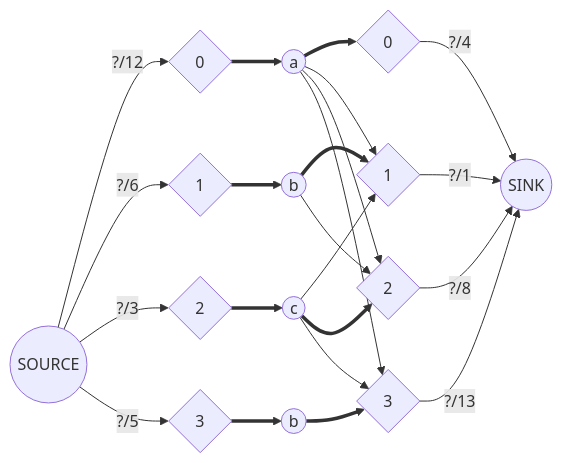
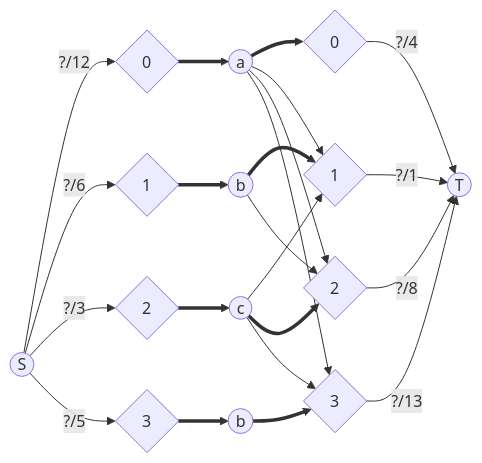
The second of 2 diagrams in vault/sem2/AuW/UE/cx/bf/cx09-bf.md (bfeitknecht/vault), drawn with Mermaid before and after one commit.

Commit message:
vault backup: 2024-05-18 22:18:37 from MacBook Pro (echo)
Affected files:
vault/sem2/AuW/UE/cx/bf/cx09-bf.md

````diff
--- a/vault/sem2/AuW/UE/cx/bf/cx09-bf.md
+++ b/vault/sem2/AuW/UE/cx/bf/cx09-bf.md
@@ -24,52 +24,52 @@
 ```mermaid
 flowchart LR
 
-idF(("SOURCE"))
-idT(("SINK"))
+idF(("S"))
+idT(("T"))
 
 %% from
 idf0{0}
 idf1{1}
 idf2{2}
 idf3{3}
 
 %% to
 idt0{0}
 idt1{1}
 idt2{2}
 idt3{3}
 
 %% variety
 id0a((a))
 id1b((b))
 id2c((c))
 id3b((b))
 
 %%%%%%%%%%%%%%%%%%%%%%%%%%%%%%%%%%%%%%%%%%%%
 
 idF -->|"?/12"| idf0
 idF -->|"?/6"| idf1
 idF -->|"?/3"| idf2
 idF -->|"?/5"| idf3
 
 idt0 -->|"?/4"| idT
 idt1 -->|"?/1"| idT
 idt2 -->|"?/8"| idT
 idt3 -->|"?/13"| idT
 
 
 idf0 ==> id0a ==> idt0
 
 id0a --> idt1
 idf1 ==> id1b ==> idt1
 id2c --> idt1
 
 id0a --> idt2
 id1b --> idt2
 idf2 ==> id2c ==> idt2
 
 id0a --> idt3
 idf3 ==> id3b ==> idt3
 id2c --> idt3
 
 ```
````
